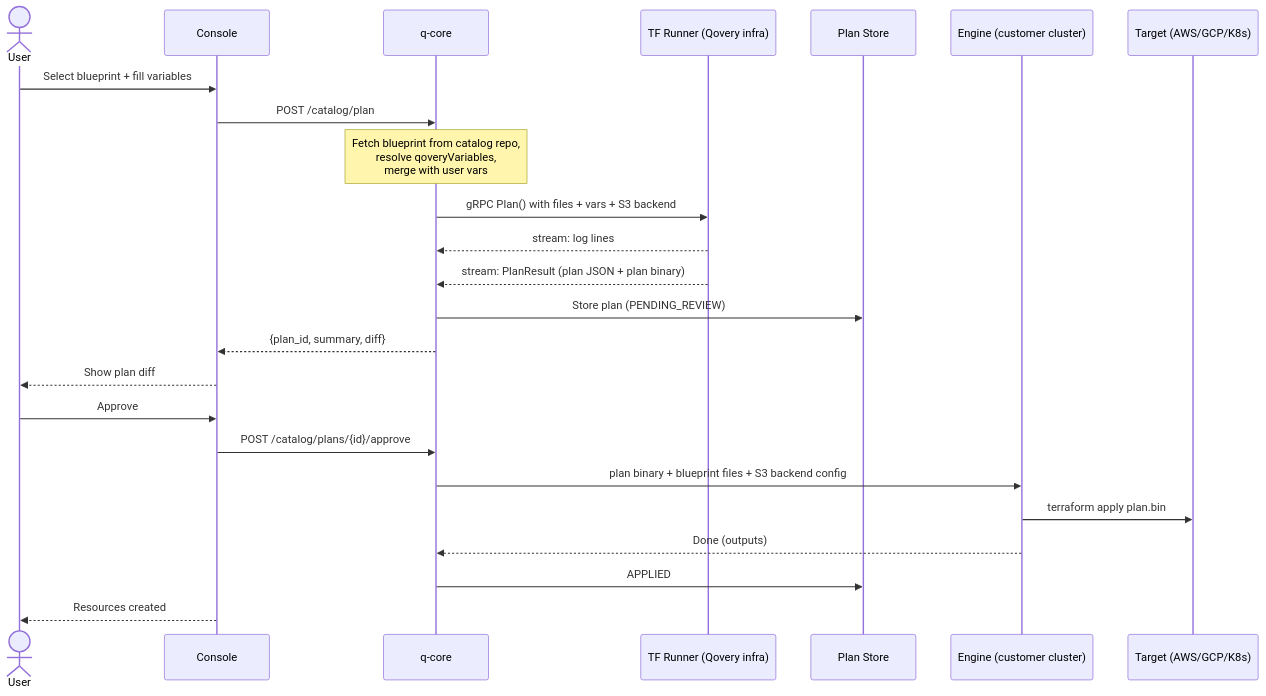
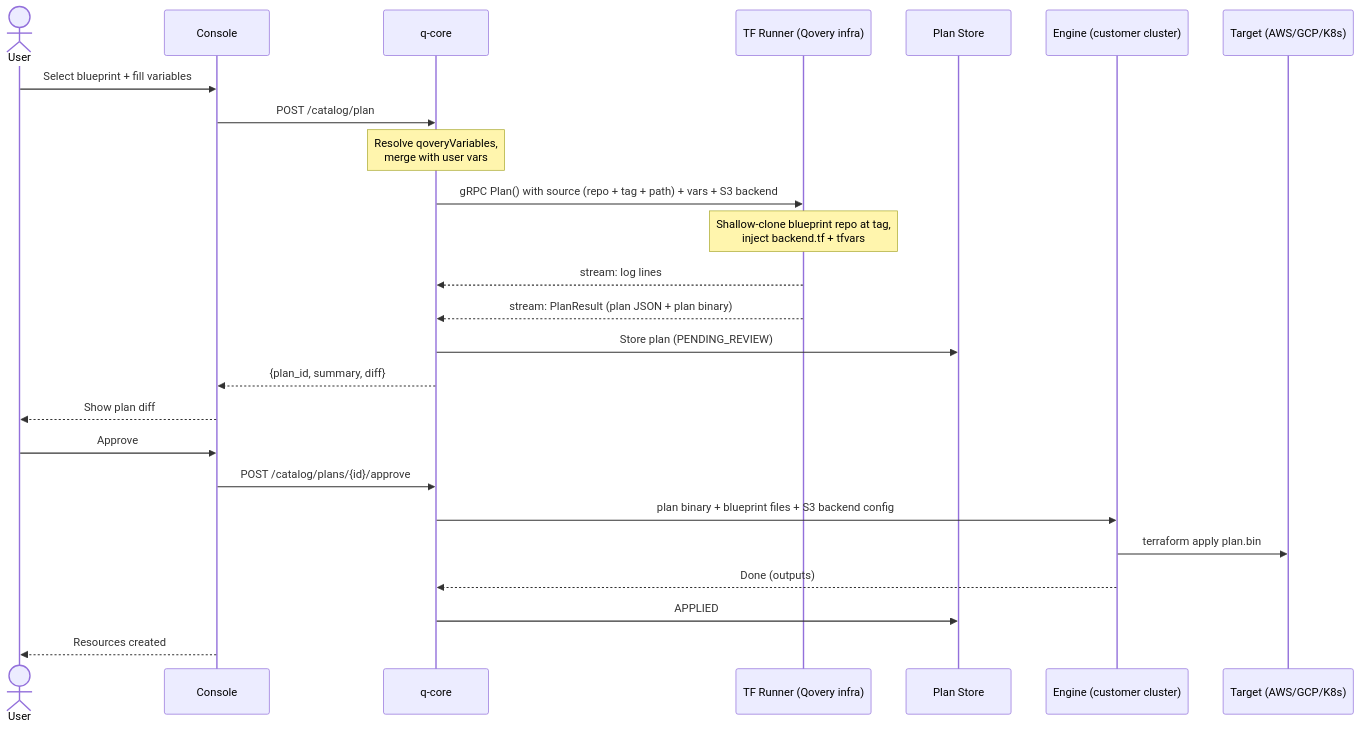
The second of 3 diagrams in v2/DESIGN.md (Astach/service-catalog), drawn with Mermaid before and after one commit. The commit also changed other lines of this file and 7 other files, not shown here.

Commit message:
mimic engine flow

````diff
--- a/v2/DESIGN.md
+++ b/v2/DESIGN.md
@@ -88,33 +89,34 @@
 ```mermaid
 sequenceDiagram
     actor User
     participant Console
     participant qcore as q-core
     participant Runner as TF Runner (Qovery infra)
     participant PlanStore as Plan Store
     participant Engine as Engine (customer cluster)
     participant Target as Target (AWS/GCP/K8s)
 
     User ->> Console: Select blueprint + fill variables
     Console ->> qcore: POST /catalog/plan
 
-    Note over qcore: Fetch blueprint from catalog repo,<br/>resolve qoveryVariables,<br/>merge with user vars
+    Note over qcore: Resolve qoveryVariables,<br/>merge with user vars
 
-    qcore ->> Runner: gRPC Plan() with files + vars + S3 backend
+    qcore ->> Runner: gRPC Plan() with source (repo + tag + path) + vars + S3 backend
+    Note over Runner: Shallow-clone blueprint repo at tag,<br/>inject backend.tf + tfvars
     Runner -->> qcore: stream: log lines
     Runner -->> qcore: stream: PlanResult (plan JSON + plan binary)
 
     qcore ->> PlanStore: Store plan (PENDING_REVIEW)
     qcore -->> Console: {plan_id, summary, diff}
     Console -->> User: Show plan diff
 
     User ->> Console: Approve
     Console ->> qcore: POST /catalog/plans/{id}/approve
 
     qcore ->> Engine: plan binary + blueprint files + S3 backend config
     Engine ->> Target: terraform apply plan.bin
     Engine -->> qcore: Done (outputs)
 
     qcore ->> PlanStore: APPLIED
     Console -->> User: Resources created
 ```
````
